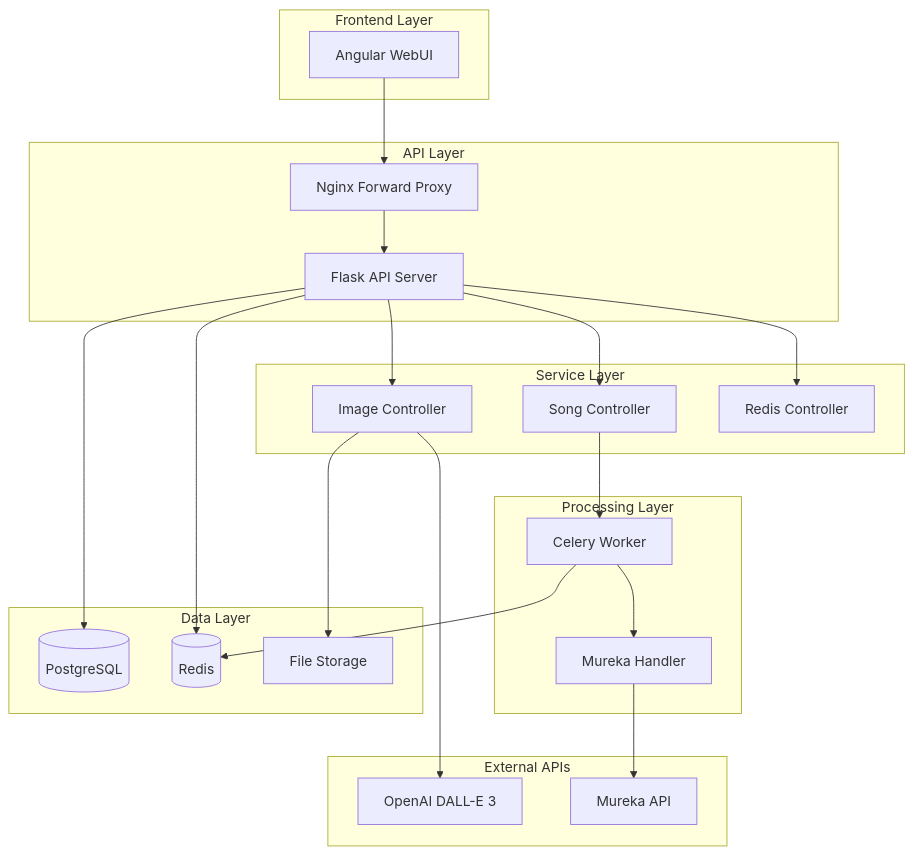
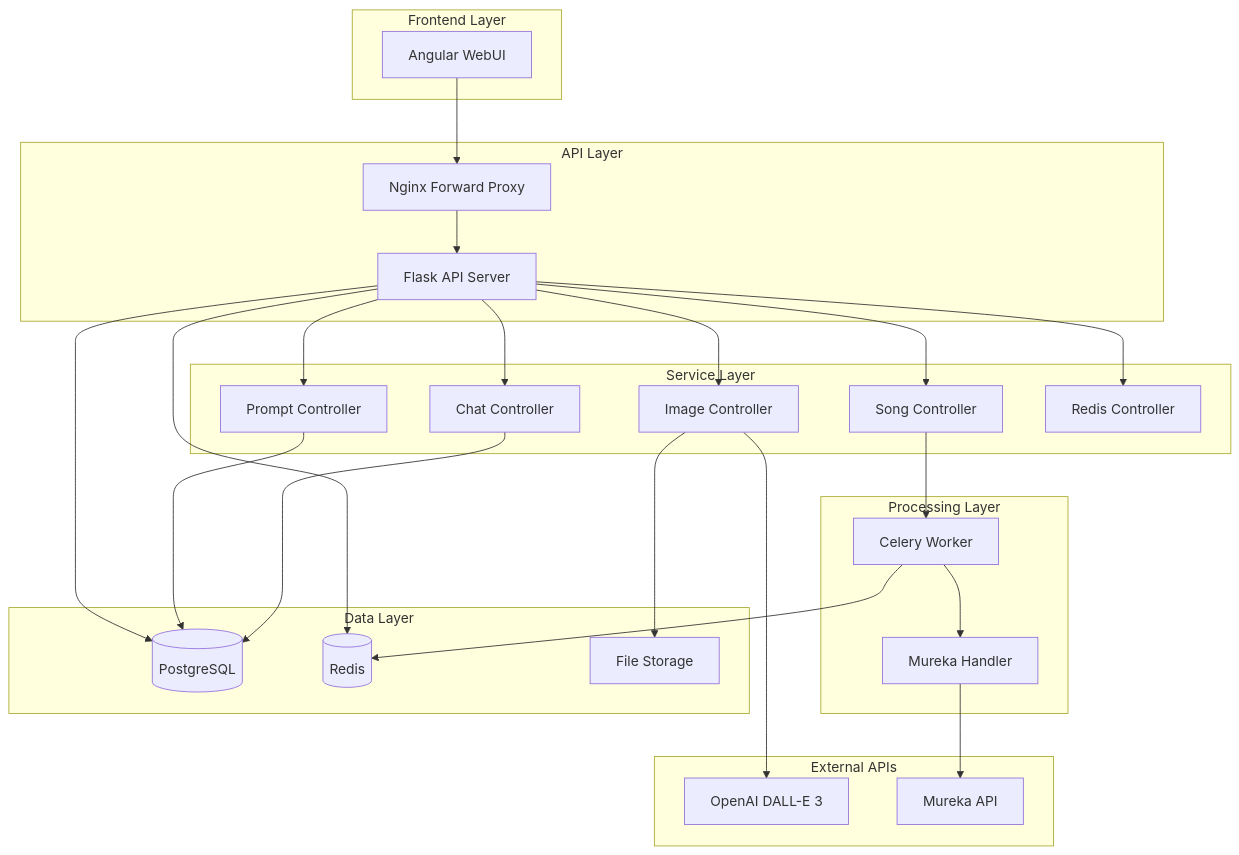
The diagram in docs/5.1_systemuebersicht.mmd (rwellinger/thwelly_ai_tools), drawn with Mermaid before and after one commit. The commit also changed 11 other files, not shown here.

```diff
--- a/docs/5.1_systemuebersicht.mmd
+++ b/docs/5.1_systemuebersicht.mmd
@@ -1,47 +1,53 @@
 graph TB
     subgraph "Frontend Layer"
         UI[Angular WebUI]
     end
 
     subgraph "API Layer"
         Proxy[Nginx Forward Proxy]
         API[Flask API Server]
     end
 
     subgraph "Service Layer"
         IMG[Image Controller]
         SONG[Song Controller]
+        CHAT[Chat Controller]
+        PROMPT[Prompt Controller]
         REDIS[Redis Controller]
     end
 
     subgraph "Processing Layer"
         CELERY[Celery Worker]
         MUREKA[Mureka Handler]
     end
 
     subgraph "Data Layer"
         PG[(PostgreSQL)]
         RD[(Redis)]
         FILES[File Storage]
     end
 
     subgraph "External APIs"
         OPENAI[OpenAI DALL-E 3]
         MRK[Mureka API]
     end
 
     UI --> Proxy
     Proxy --> API
     API --> IMG
     API --> SONG
+    API --> CHAT
+    API --> PROMPT
     API --> REDIS
 
     IMG --> OPENAI
     SONG --> CELERY
     CELERY --> MUREKA
     MUREKA --> MRK
 
     API --> PG
     API --> RD
+    PROMPT --> PG
+    CHAT --> PG
     CELERY --> RD
     IMG --> FILES
```
